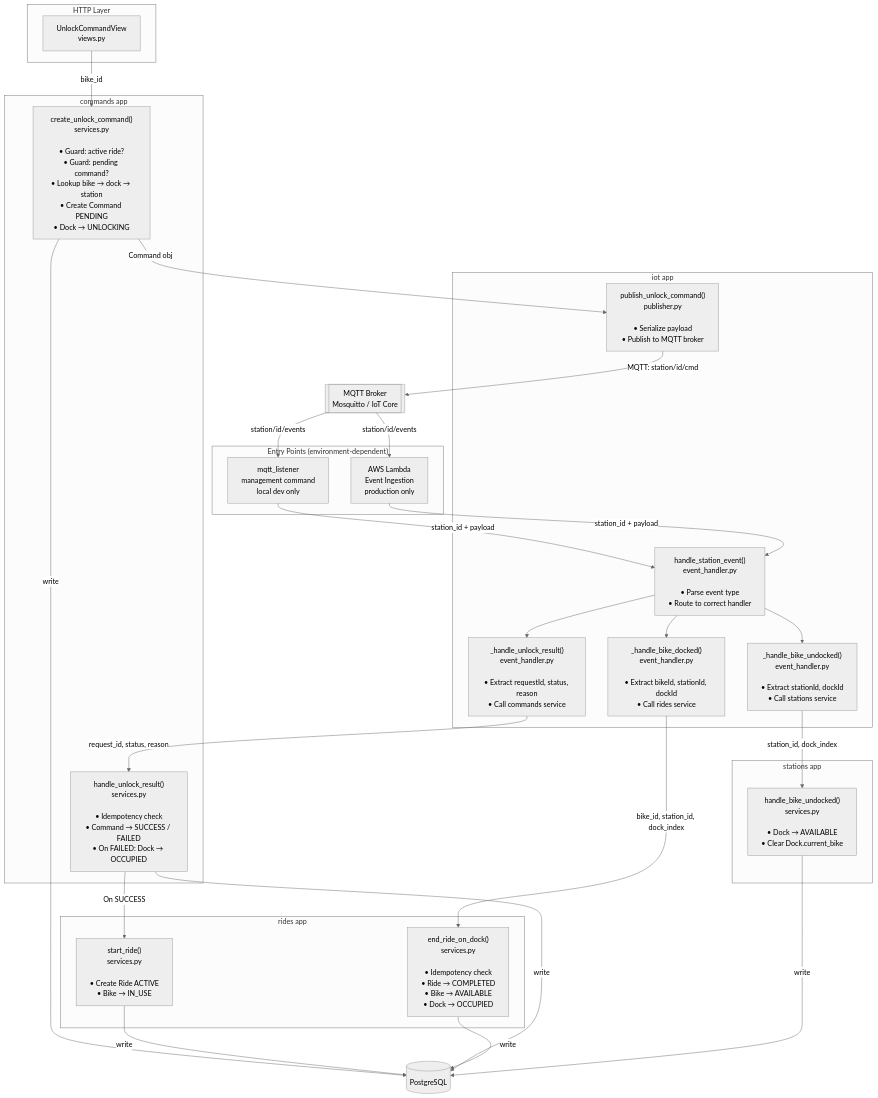
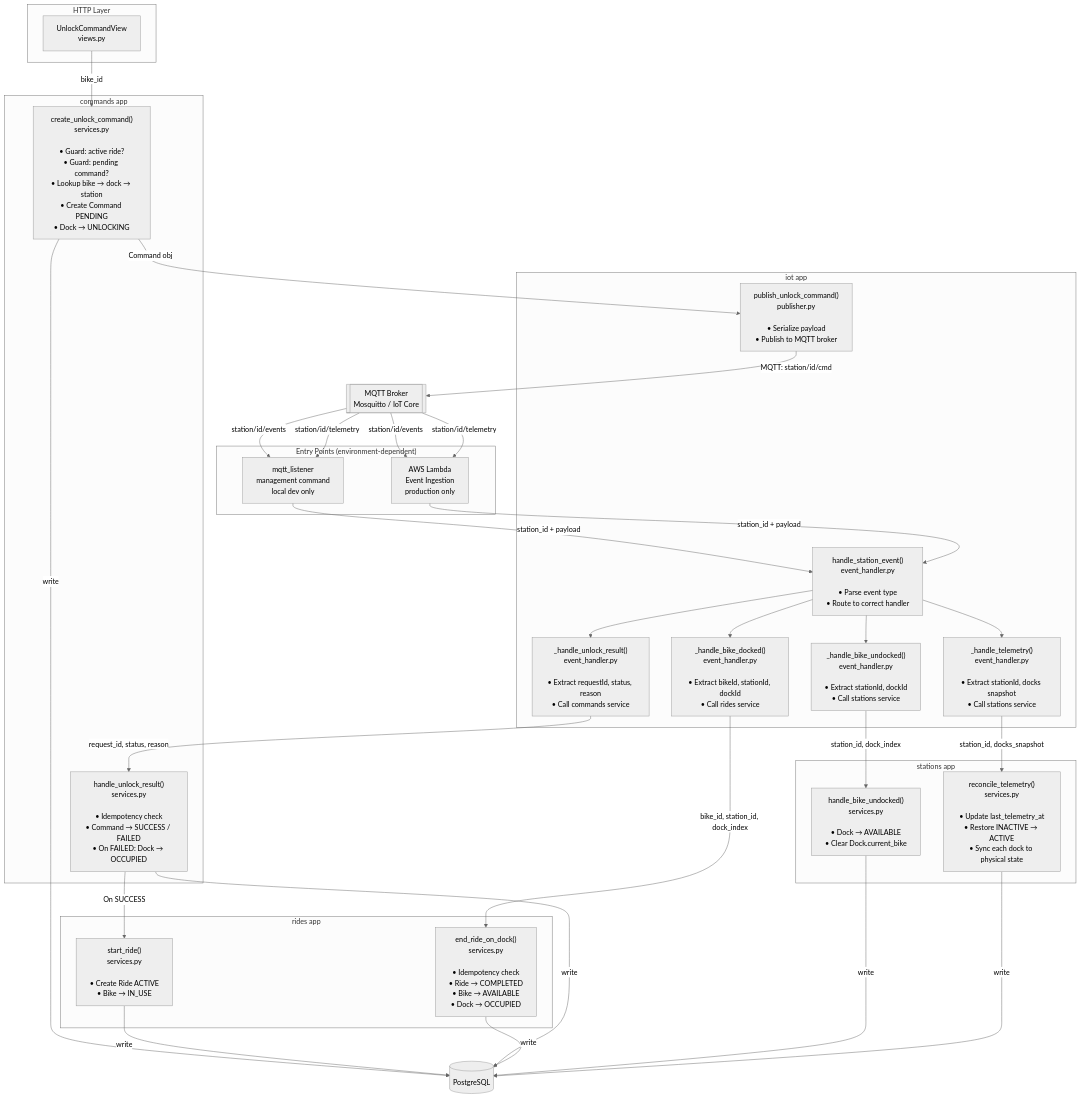
One commit to yeabb/bikeshare-platform changed the fourth of 4 diagrams in docs/system-architecture.md. Above: the diagram before and after it, drawn with Mermaid (neutral theme). The commit also changed other lines of this file and 2 other files, not shown here.

First line of the commit message:
📝 Update architecture diagram with telemetry + heartbeat paths

````diff
--- a/docs/system-architecture.md
+++ b/docs/system-architecture.md
@@ -125,67 +130,76 @@
 ```mermaid
 flowchart TD
 
     subgraph HTTP ["HTTP Layer"]
         VIEW["UnlockCommandView\nviews.py"]
     end
 
     subgraph CMD ["commands app"]
         CS["create_unlock_command()\nservices.py\n\n• Guard: active ride?\n• Guard: pending command?\n• Lookup bike → dock → station\n• Create Command PENDING\n• Dock → UNLOCKING"]
         HUR["handle_unlock_result()\nservices.py\n\n• Idempotency check\n• Command → SUCCESS / FAILED\n• On FAILED: Dock → OCCUPIED"]
     end
 
     subgraph IOT ["iot app"]
         PUB["publish_unlock_command()\npublisher.py\n\n• Serialize payload\n• Publish to MQTT broker"]
         EH["handle_station_event()\nevent_handler.py\n\n• Parse event type\n• Route to correct handler"]
         HUR2["_handle_unlock_result()\nevent_handler.py\n\n• Extract requestId, status, reason\n• Call commands service"]
         HBD["_handle_bike_docked()\nevent_handler.py\n\n• Extract bikeId, stationId, dockId\n• Call rides service"]
         HBUD["_handle_bike_undocked()\nevent_handler.py\n\n• Extract stationId, dockId\n• Call stations service"]
+        HTM["_handle_telemetry()\nevent_handler.py\n\n• Extract stationId, docks snapshot\n• Call stations service"]
     end
 
     subgraph RIDES ["rides app"]
         SR["start_ride()\nservices.py\n\n• Create Ride ACTIVE\n• Bike → IN_USE"]
         ER["end_ride_on_dock()\nservices.py\n\n• Idempotency check\n• Ride → COMPLETED\n• Bike → AVAILABLE\n• Dock → OCCUPIED"]
     end
 
     subgraph STATIONS ["stations app"]
         HBU["handle_bike_undocked()\nservices.py\n\n• Dock → AVAILABLE\n• Clear Dock.current_bike"]
+        RT["reconcile_telemetry()\nservices.py\n\n• Update last_telemetry_at\n• Restore INACTIVE → ACTIVE\n• Sync each dock to physical state"]
     end
 
     subgraph ENTRY ["Entry Points (environment-dependent)"]
         LOCAL["mqtt_listener\nmanagement command\nlocal dev only"]
         LAMBDA["AWS Lambda\nEvent Ingestion\nproduction only"]
     end
 
     DB[("PostgreSQL")]
 
     %% Unlock request path
     VIEW -->|"bike_id"| CS
     CS -->|"Command obj"| PUB
     CS -->|"write"| DB
     PUB -->|"MQTT: station/id/cmd"| MQTT[["MQTT Broker\nMosquitto / IoT Core"]]
 
-    %% Event ingestion path
+    %% Event ingestion path — events topic
     MQTT -->|"station/id/events"| LOCAL
     MQTT -->|"station/id/events"| LAMBDA
     LOCAL -->|"station_id + payload"| EH
     LAMBDA -->|"station_id + payload"| EH
 
+    %% Telemetry ingestion path — telemetry topic
+    MQTT -->|"station/id/telemetry"| LOCAL
+    MQTT -->|"station/id/telemetry"| LAMBDA
+
     %% Event routing
     EH --> HUR2
     EH --> HBD
     EH --> HBUD
+    EH --> HTM
 
     %% Handler → service calls
     HUR2 -->|"request_id, status, reason"| HUR
     HBD -->|"bike_id, station_id, dock_index"| ER
     HBUD -->|"station_id, dock_index"| HBU
+    HTM -->|"station_id, docks_snapshot"| RT
 
     %% Service → service calls
     HUR -->|"On SUCCESS"| SR
 
     %% DB writes
     SR -->|"write"| DB
     HUR -->|"write"| DB
     ER -->|"write"| DB
     HBU -->|"write"| DB
+    RT -->|"write"| DB
 ```
````
